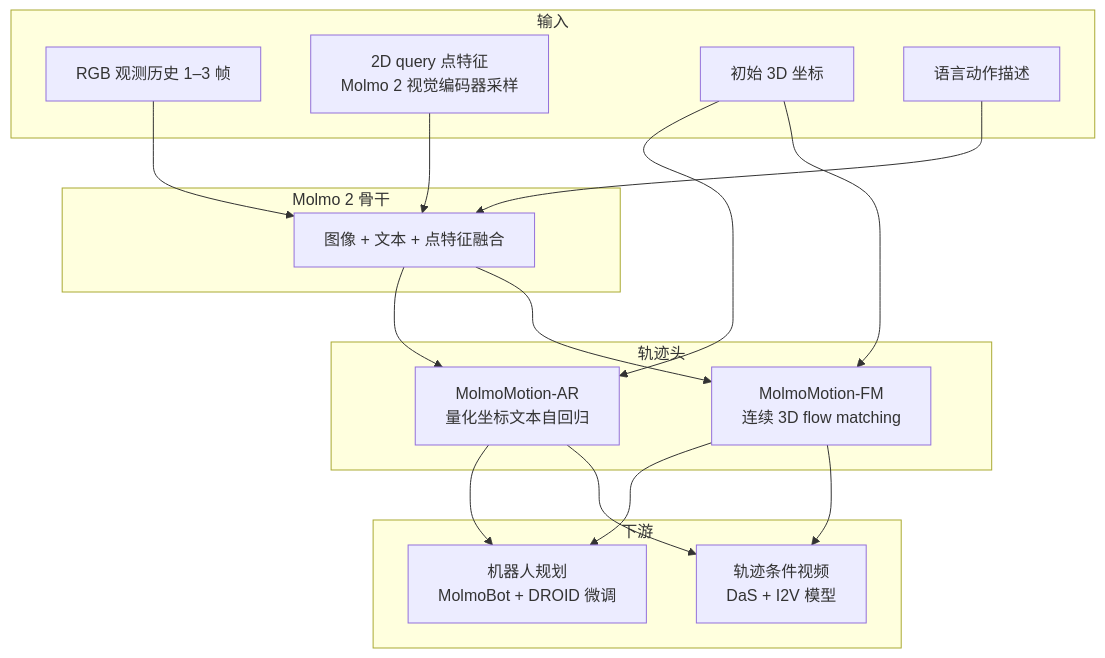
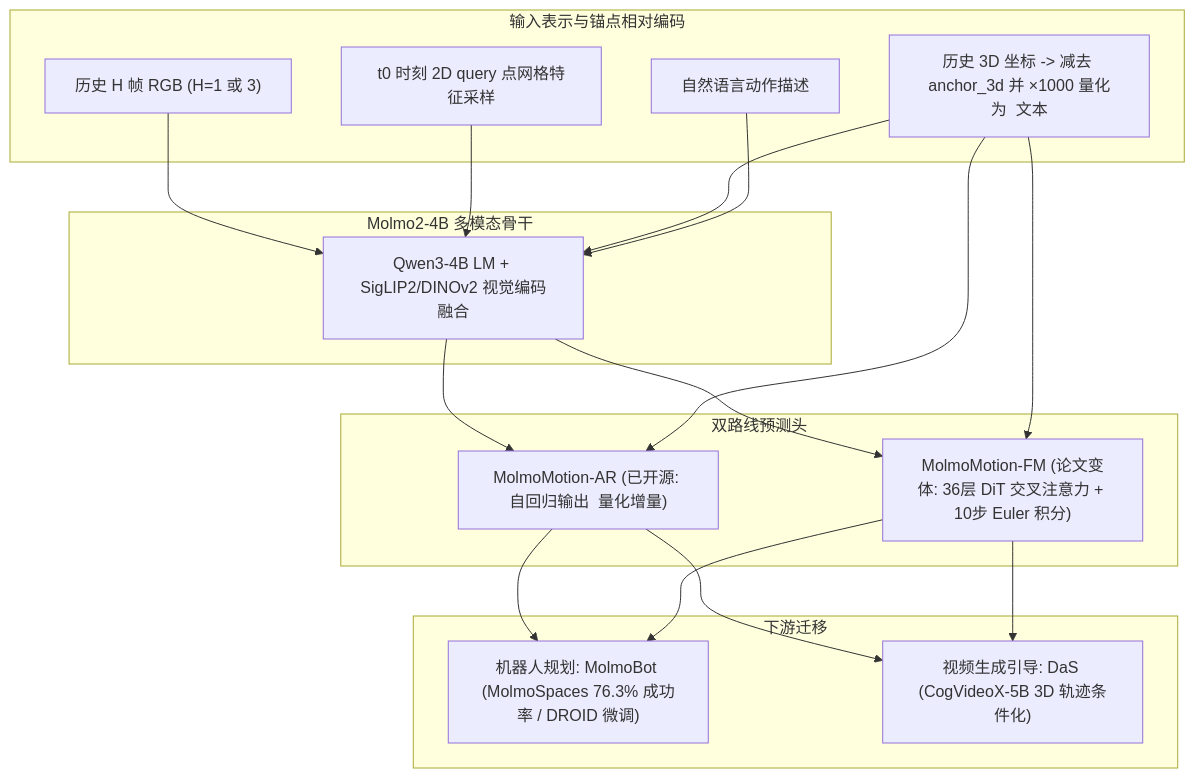
The first of 2 diagrams in wiki/entities/molmo-motion.md (ImChong/Robotics_Notebooks), drawn with Mermaid before and after one commit. The commit also changed other lines of this file and 151 other files, not shown here.

````diff
--- a/wiki/entities/molmo-motion.md
+++ b/wiki/entities/molmo-motion.md
@@ -47,31 +50,32 @@
 ```mermaid
 flowchart TB
-  subgraph in [输入]
-    RGB[RGB 观测历史 1–3 帧]
-    Q2D[2D query 点特征\nMolmo 2 视觉编码器采样]
-    Q3D[初始 3D 坐标]
-    LANG[语言动作描述]
-  end
-  subgraph backbone [Molmo 2 骨干]
-    FUSE[图像 + 文本 + 点特征融合]
-  end
-  subgraph heads [轨迹头]
-    AR[MolmoMotion-AR\n量化坐标文本自回归]
-    FM[MolmoMotion-FM\n连续 3D flow matching]
-  end
-  subgraph down [下游]
-    PLAN[机器人规划\nMolmoBot + DROID 微调]
-    I2V[轨迹条件视频\nDaS + I2V 模型]
-  end
-  RGB --> FUSE
-  LANG --> FUSE
-  Q2D --> FUSE
-  Q3D --> AR
-  Q3D --> FM
-  FUSE --> AR
-  FUSE --> FM
-  AR --> PLAN
-  FM --> PLAN
-  AR --> I2V
-  FM --> I2V
+    subgraph INPUT["输入表示与锚点相对编码"]
+        RGB["历史 H 帧 RGB (H=1 或 3)"]
+        Q2D["t0 时刻 2D query 点网格特征采样"]
+        Q3D["历史 3D 坐标 -> 减去 anchor_3d 并 ×1000 量化为 <tracks> 文本"]
+        LANG["自然语言动作描述"]
+    end
+    subgraph BACKBONE["Molmo2-4B 多模态骨干"]
+        FUSE["Qwen3-4B LM + SigLIP2/DINOv2 视觉编码融合"]
+    end
+    subgraph HEADS["双路线预测头"]
+        AR["MolmoMotion-AR (已开源: 自回归输出 <tracks> 量化增量)"]
+        FM["MolmoMotion-FM (论文变体: 36层 DiT 交叉注意力 + 10步 Euler 积分)"]
+    end
+    subgraph DOWN["下游迁移"]
+        PLAN["机器人规划: MolmoBot (MolmoSpaces 76.3% 成功率 / DROID 微调)"]
+        I2V["视频生成引导: DaS (CogVideoX-5B 3D 轨迹条件化)"]
+    end
+    RGB --> FUSE
+    Q2D --> FUSE
+    Q3D --> FUSE
+    LANG --> FUSE
+    FUSE --> AR
+    FUSE --> FM
+    Q3D --> AR
+    Q3D --> FM
+    AR --> PLAN
+    FM --> PLAN
+    AR --> I2V
+    FM --> I2V
 ```
````
